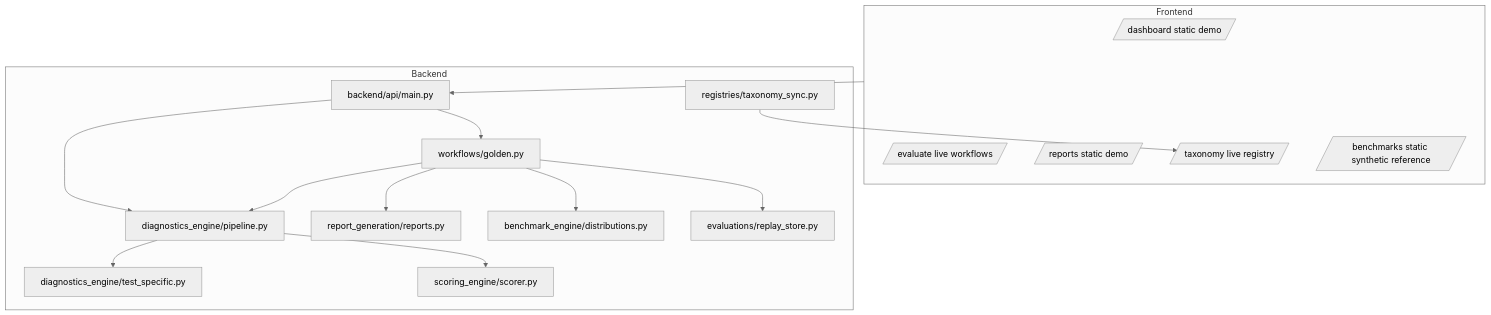
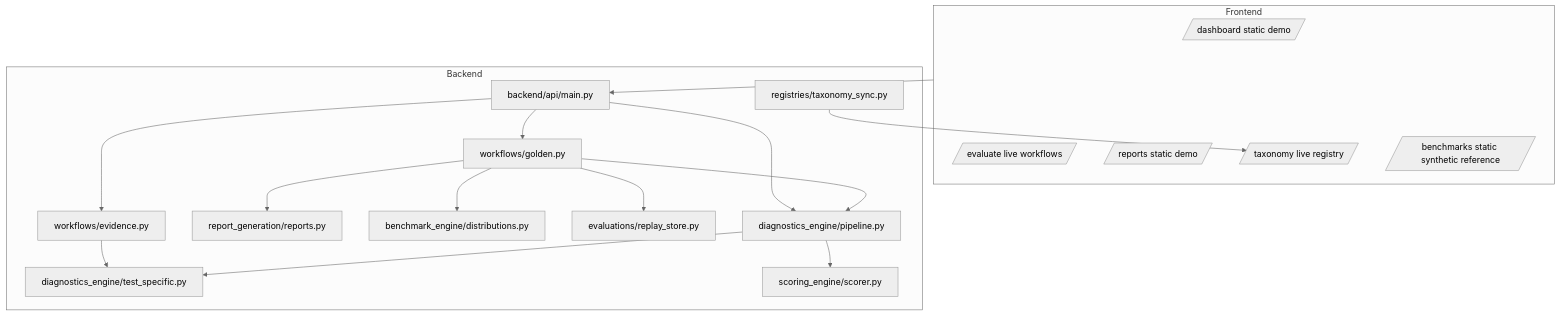
One commit to Rithvik3505/AIHC changed the second of 4 diagrams in docs/HLD.md. Above: the diagram before and after it, drawn with Mermaid (neutral theme). The commit also changed other lines of this file and 35 other files, not shown here.

````diff
--- a/docs/HLD.md
+++ b/docs/HLD.md
@@ -98,33 +99,36 @@
 ```mermaid
 flowchart TB
     subgraph Frontend
         Dashboard[/dashboard static demo/]
         Evaluate[/evaluate live workflows/]
         Reports[/reports static demo/]
         TaxonomyPage[/taxonomy live registry/]
         Benchmarks[/benchmarks static synthetic reference/]
     end
 
     subgraph Backend
         API[backend/api/main.py]
         Pipeline[diagnostics_engine/pipeline.py]
         Router[diagnostics_engine/test_specific.py]
         Scoring[scoring_engine/scorer.py]
         ReportsEngine[report_generation/reports.py]
         BenchEngine[benchmark_engine/distributions.py]
         Workflows[workflows/golden.py]
         ReplayStore[evaluations/replay_store.py]
+        EvidenceLayer[workflows/evidence.py]
         Sync[registries/taxonomy_sync.py]
     end
 
     Frontend --> API
     API --> Pipeline
     API --> Workflows
+    API --> EvidenceLayer
+    EvidenceLayer --> Router
     Workflows --> Pipeline
     Pipeline --> Router
     Pipeline --> Scoring
     Workflows --> BenchEngine
     Workflows --> ReportsEngine
     Workflows --> ReplayStore
     Sync --> TaxonomyPage
 ```
````
